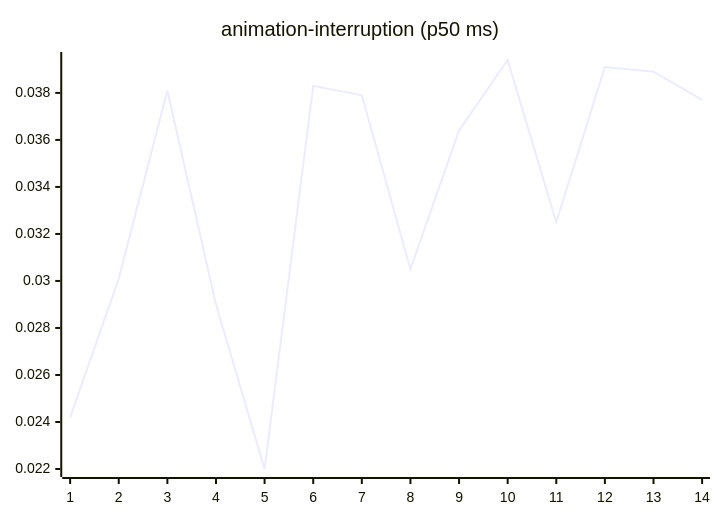
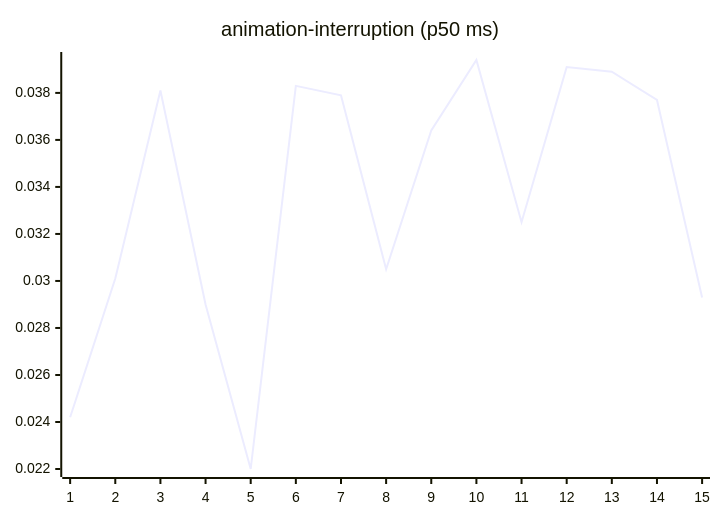
Before and after one commit to josha/Facet: the third of 27 diagrams in README.md, drawn with Mermaid. The commit also changed other lines of this file and 2 other files, not shown here.

````diff
--- a/README.md
+++ b/README.md
@@ -77,6 +77,6 @@
 ```mermaid
 xychart-beta
     title "animation-interruption (p50 ms)"
-    x-axis 1 --> 14
-    line [0.0242, 0.0301, 0.0381, 0.0290, 0.0220, 0.0383, 0.0379, 0.0305, 0.0364, 0.0394, 0.0325, 0.0391, 0.0389, 0.0377]
+    x-axis 1 --> 15
+    line [0.0242, 0.0301, 0.0381, 0.0290, 0.0220, 0.0383, 0.0379, 0.0305, 0.0364, 0.0394, 0.0325, 0.0391, 0.0389, 0.0377, 0.0293]
 ```
````
